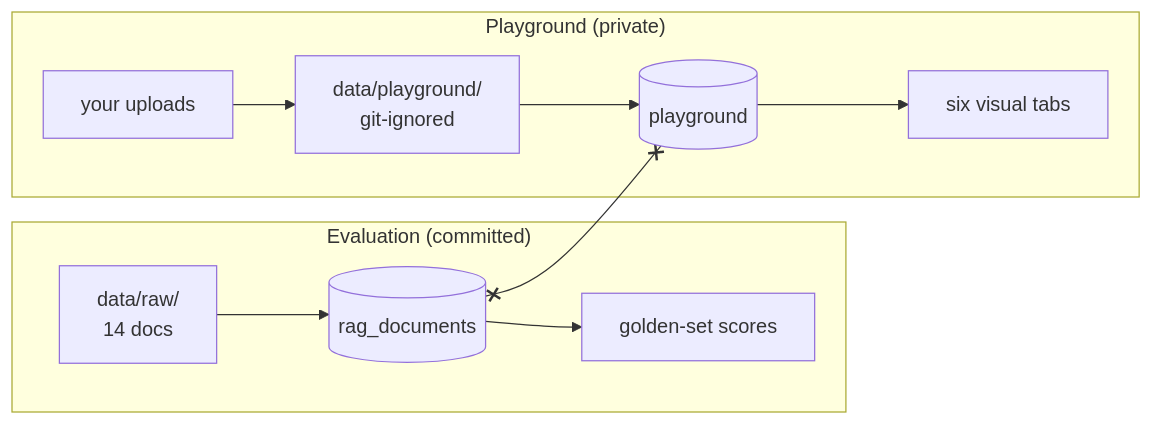
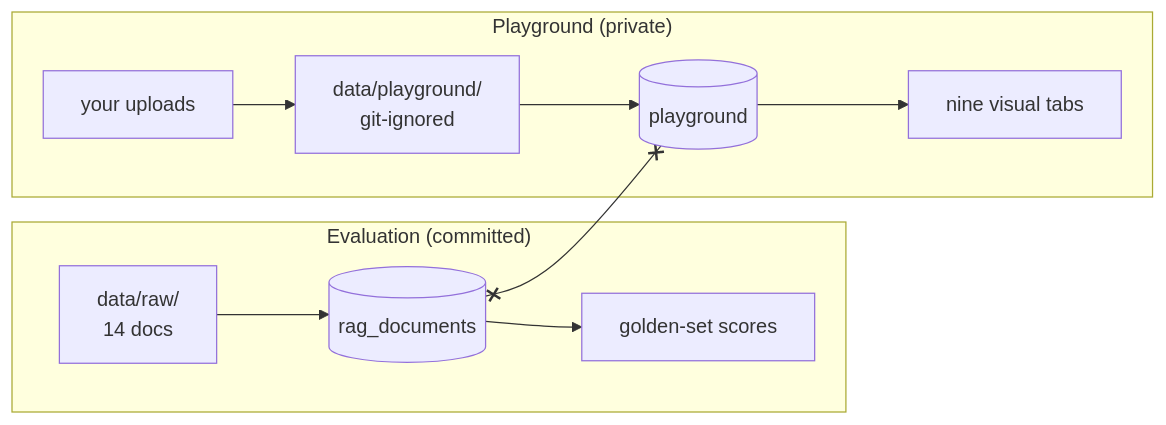
One commit to mjunedalam/rag-eval-platform changed diagram 13 of 14 in readme.md. Above: the diagram before and after it, drawn with Mermaid. The commit also changed other lines of this file and 62 other files, not shown here.

````diff
--- a/readme.md
+++ b/readme.md
@@ -443,10 +446,10 @@
 ```mermaid
 flowchart LR
     subgraph eval["Evaluation (committed)"]
         RAW["data/raw/<br/>14 docs"] --> C1[("rag_documents")] --> GS["golden-set scores"]
     end
     subgraph play["Playground (private)"]
-        UP["your uploads"] --> DP["data/playground/<br/>git-ignored"] --> C2[("playground")] --> CHAT["six visual tabs"]
+        UP["your uploads"] --> DP["data/playground/<br/>git-ignored"] --> C2[("playground")] --> CHAT["nine visual tabs"]
     end
     C1 x--x C2
 ```
````
